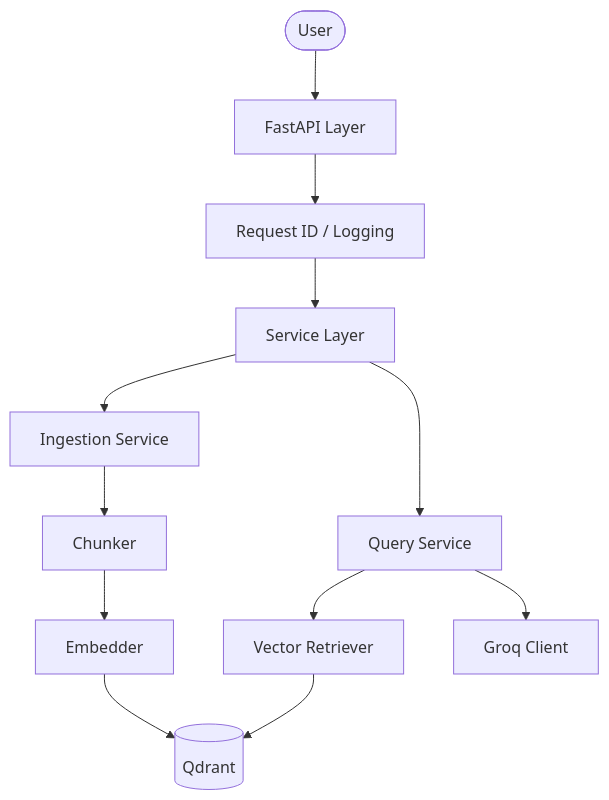
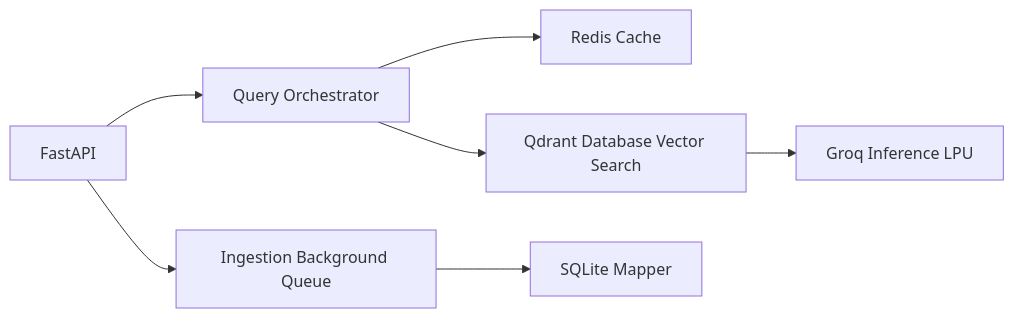
The diagram in README.md (ManvendraPratapRao/DeepVault), drawn with Mermaid before and after one commit. The commit also changed other lines of this file and 6 other files, not shown here.

Commit message:
docs: formalize ADRs and System Architecture

````diff
--- a/README.md
+++ b/README.md
@@ -24,16 +18,6 @@
 ```mermaid
-graph TD
-    User([User]) --> API[FastAPI Layer]
-    API --> Middleware[Request ID / Logging]
-    Middleware --> Service[Service Layer]
-    Service --> Ingestion[Ingestion Service]
-    Service --> Query[Query Service]
-  
-    Ingestion --> Chunker[Chunker]
-    Chunker --> Embedder[Embedder]
-    Embedder --> VectorDB[(Qdrant)]
-  
-    Query --> Retriever[Vector Retriever]
-    Retriever --> VectorDB
-    Query --> LLM[Groq Client]
+graph LR;
+    API[FastAPI] --> QS[Query Orchestrator] --> CS[Redis Cache]
+    QS --> VD[Qdrant Database Vector Search] --> LLM[Groq Inference LPU]
+    API --> IS[Ingestion Background Queue] --> DS[SQLite Mapper]
 ```
````
